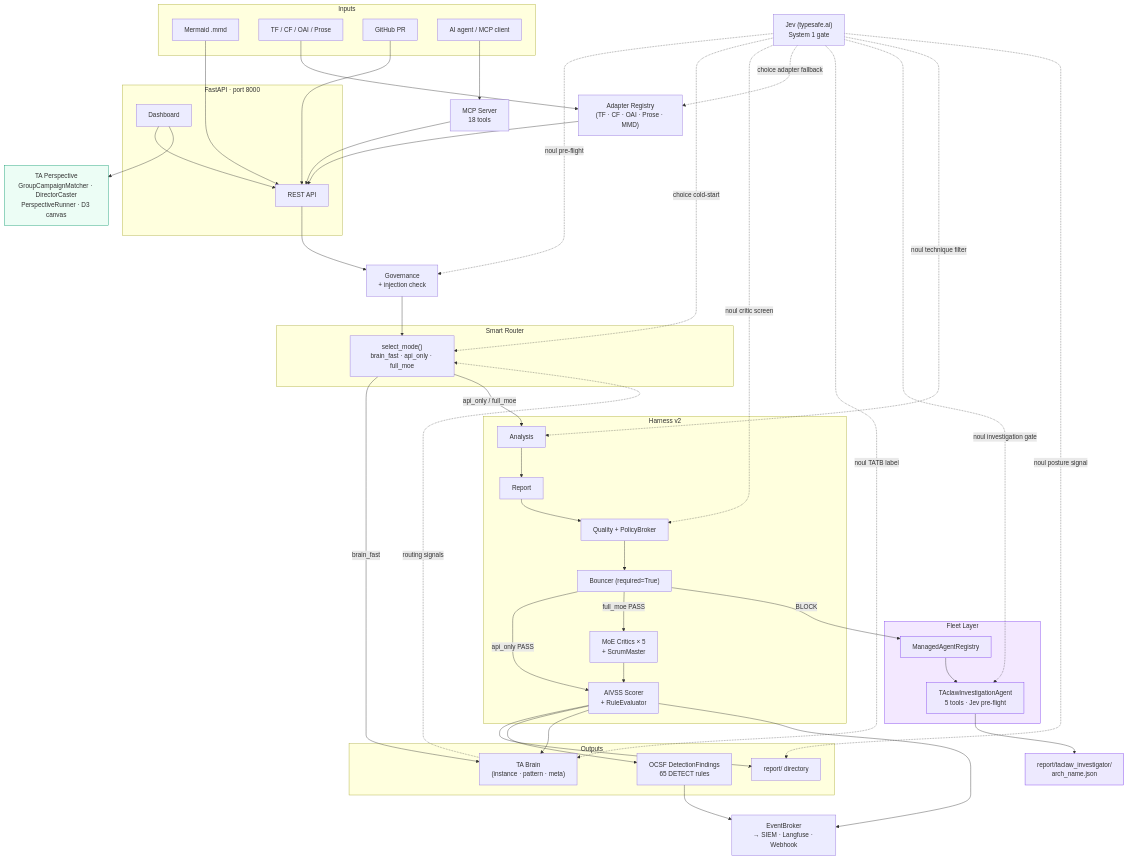
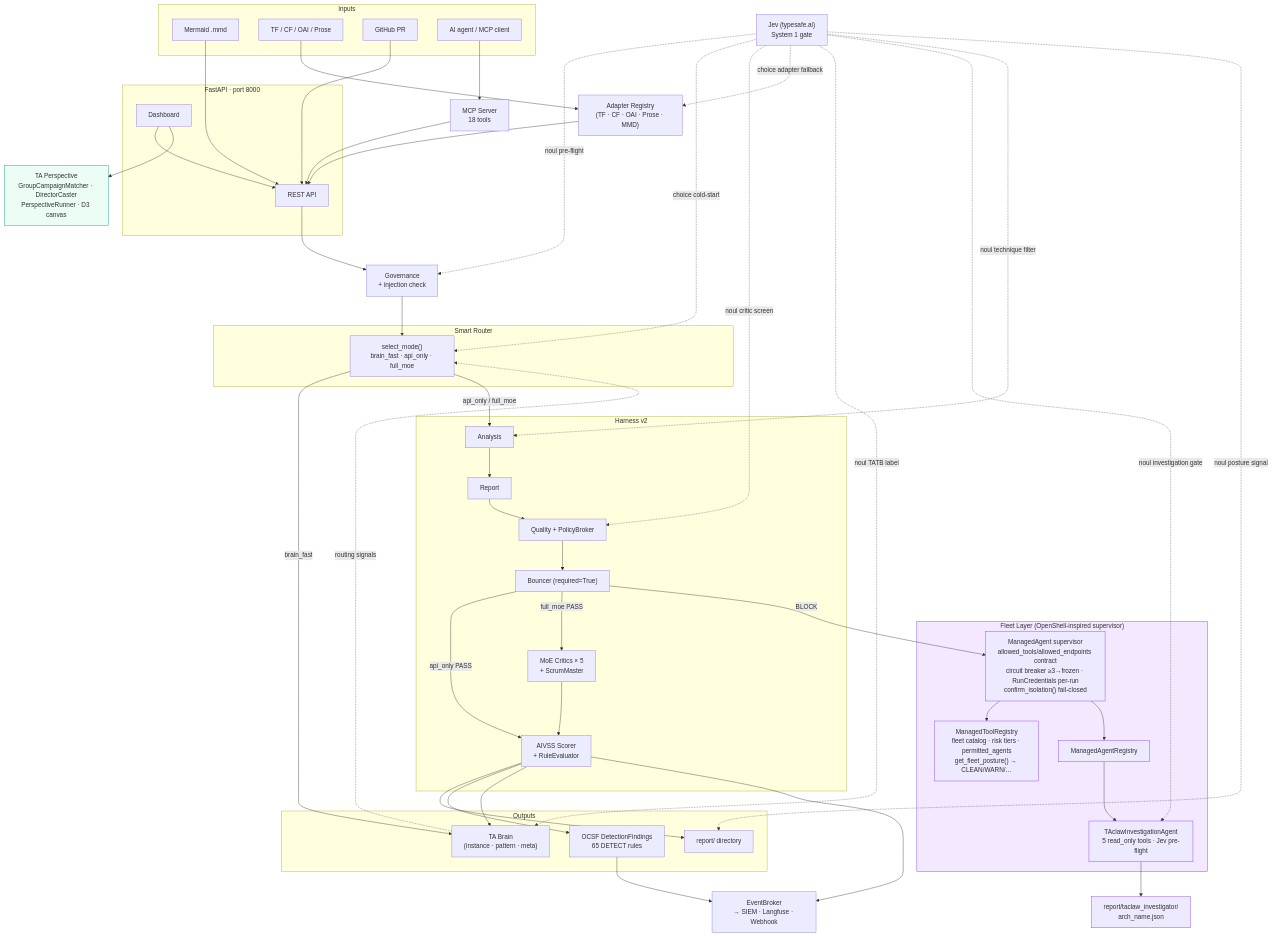
One commit to BerdTan/threatassessor changed the diagram in README.md. Above: the diagram before and after it, drawn with Mermaid. The commit also changed 3 other files, not shown here.

First line of the commit message:
docs(arch): update diagrams + ARCHITECTURE.md for OpenShell supervisor model

```diff
--- a/README.md
+++ b/README.md
@@ -52,9 +52,13 @@
         brn_o["TA Brain\n(instance · pattern · meta)"]
     end
 
-    subgraph Fleet["Fleet Layer"]
+    subgraph Fleet["Fleet Layer  (OpenShell-inspired supervisor)"]
+        supervisor["ManagedAgent supervisor\nallowed_tools/allowed_endpoints contract\ncircuit breaker ≥3→frozen · RunCredentials per-run\nconfirm_isolation() fail-closed"]
+        tool_reg["ManagedToolRegistry\nfleet catalog · risk tiers · permitted_agents\nget_fleet_posture() → CLEAN/WARN/…"]
         registry["ManagedAgentRegistry"]
-        inv_agent["TAclawInvestigationAgent\n5 tools · Jev pre-flight"]
+        inv_agent["TAclawInvestigationAgent\n5 read_only tools · Jev pre-flight"]
+        supervisor --> tool_reg
+        supervisor --> registry
     end
 
     fleet_rep["report/taclaw_investigator/\narch_name.json"]
@@ -81,7 +85,7 @@
     ql_s --> bo_s
     bo_s -->|api_only PASS| av_s
     bo_s -->|full_moe PASS| cr_s
-    bo_s -->|BLOCK| registry
+    bo_s -->|BLOCK| supervisor
     cr_s --> av_s
 
     registry --> inv_agent
@@ -105,6 +109,8 @@
     dash_ui --> persp
 
     style Fleet fill:#f3e8ff,stroke:#7c3aed
+    style supervisor fill:#ede9fe,stroke:#7c3aed
+    style tool_reg fill:#ede9fe,stroke:#7c3aed
     style registry fill:#ede9fe,stroke:#7c3aed
     style inv_agent fill:#ede9fe,stroke:#7c3aed
     style fleet_rep fill:#ede9fe,stroke:#7c3aed
```
